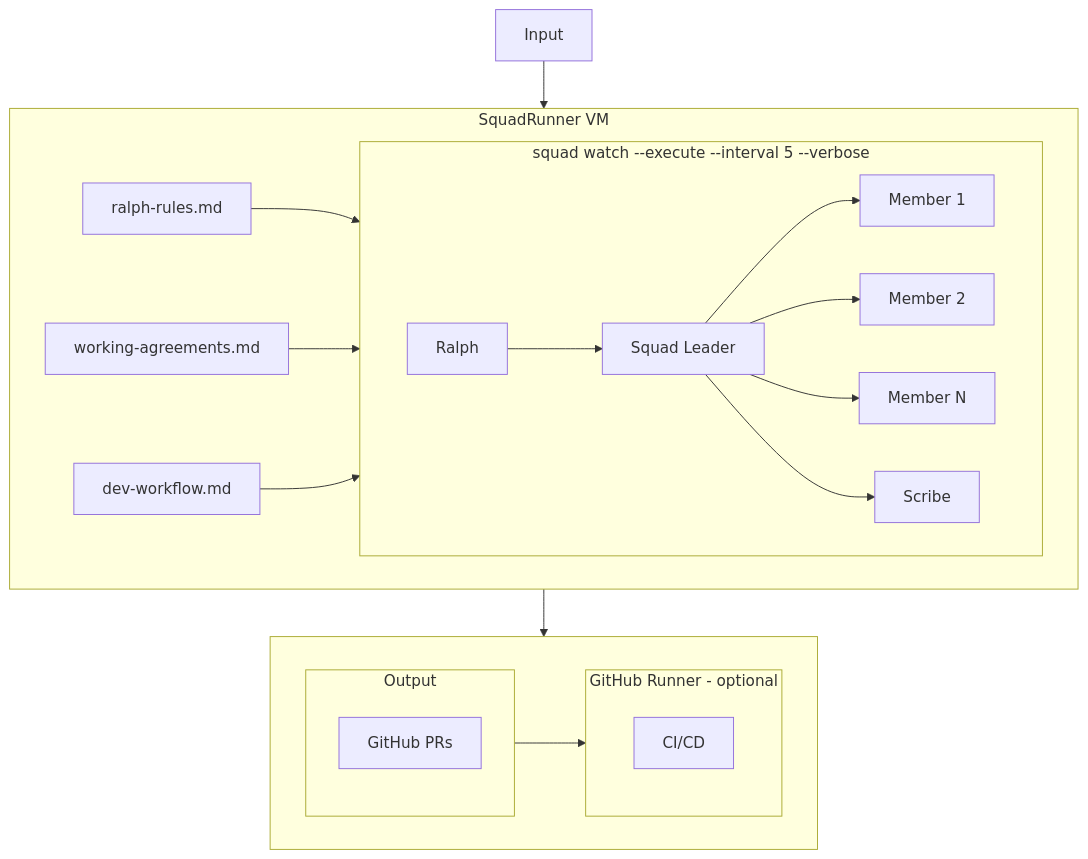
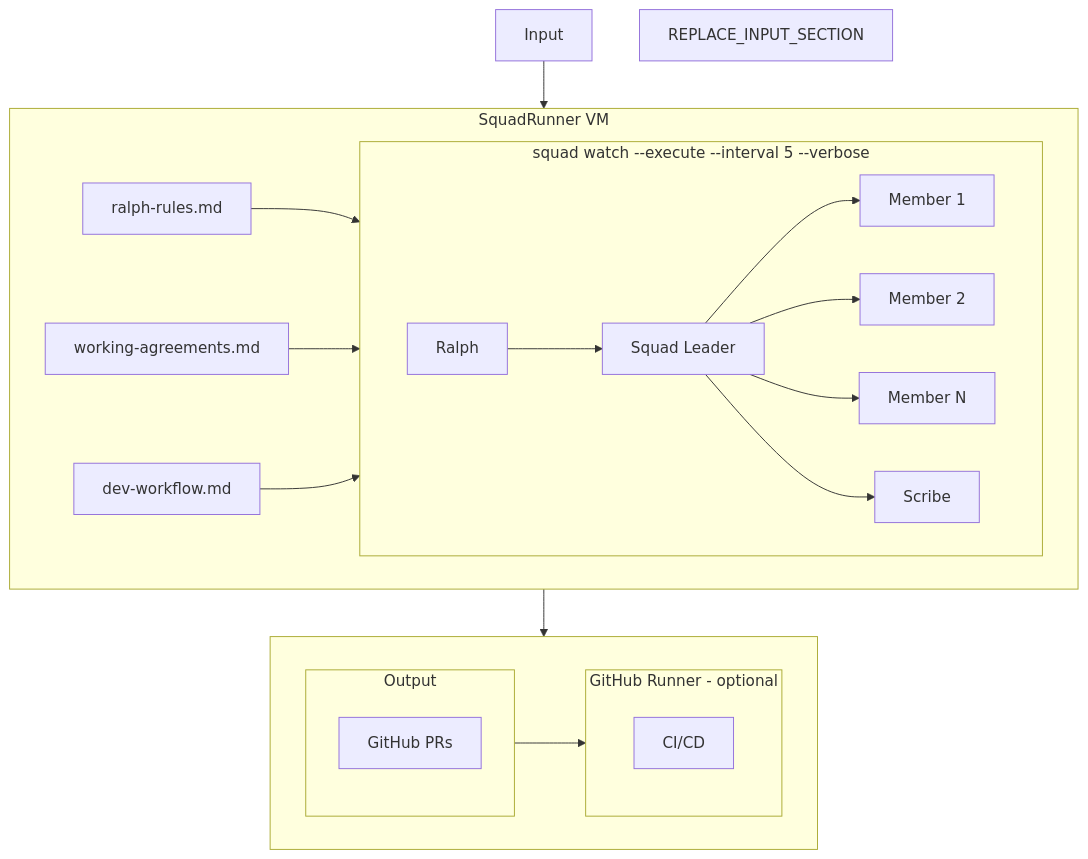
The diagram in README.md (TheeUnderdog/SquadRunner), drawn with Mermaid before and after one commit.

````diff
--- a/README.md
+++ b/README.md
@@ -9,32 +9,32 @@
 ```mermaid
 flowchart TD
     
     Input --> VM
-    
+    REPLACE_INPUT_SECTION
     subgraph VM[SquadRunner VM]
         RR[ralph-rules.md] --> SW
         WA[working-agreements.md] --> SW
         DW[dev-workflow.md] --> SW
         subgraph SW[squad watch --execute --interval 5 --verbose]
             direction LR
             R[Ralph] --> SL[Squad Leader]
             SL --> M1[Member 1]
             SL --> M2[Member 2]
             SL --> MN[Member N]
             SL --> SC[Scribe]
         end
     end
     
     VM --> Bottom
     
     subgraph Bottom[ ]
         direction LR
         subgraph Output
             PR[GitHub PRs]
         end
         Output --> Runner
         subgraph Runner[GitHub Runner - optional]
             CI[CI/CD]
         end
     end
 ```
````
